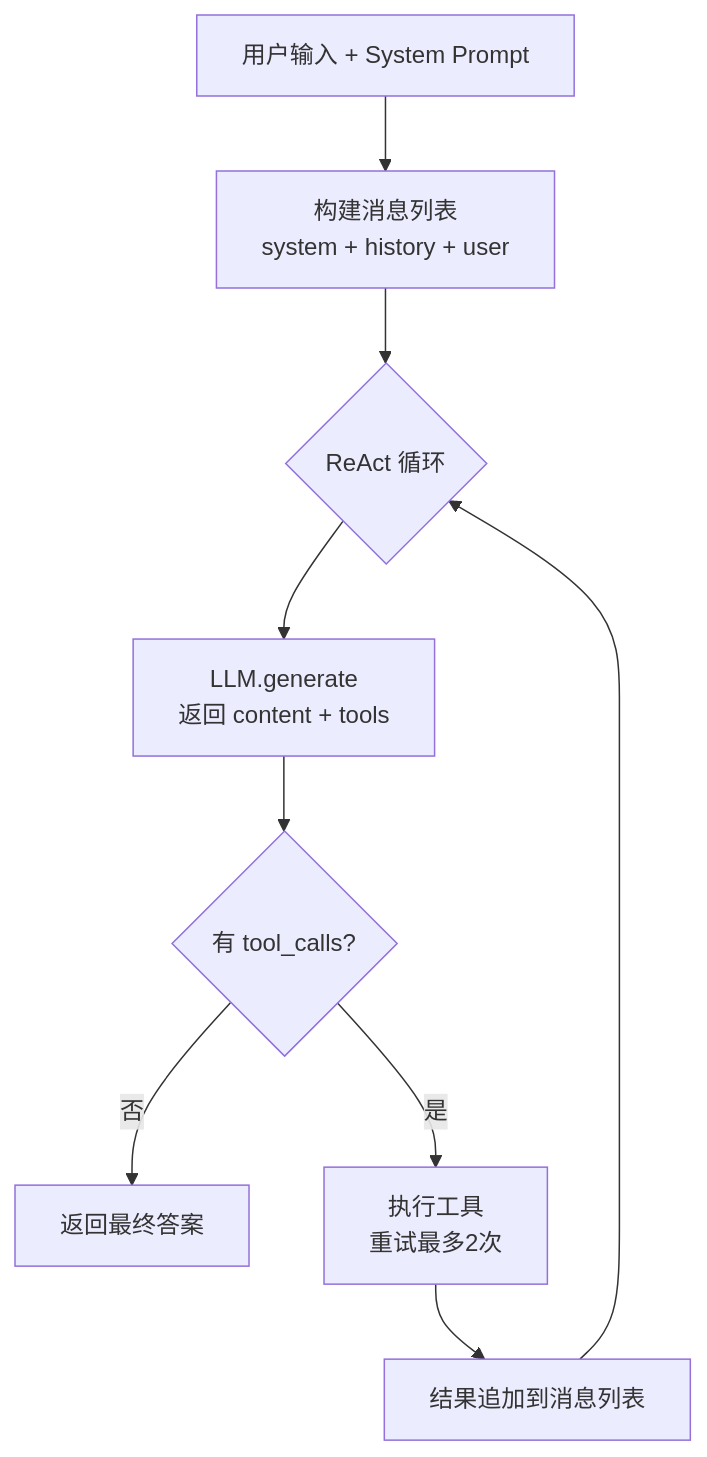
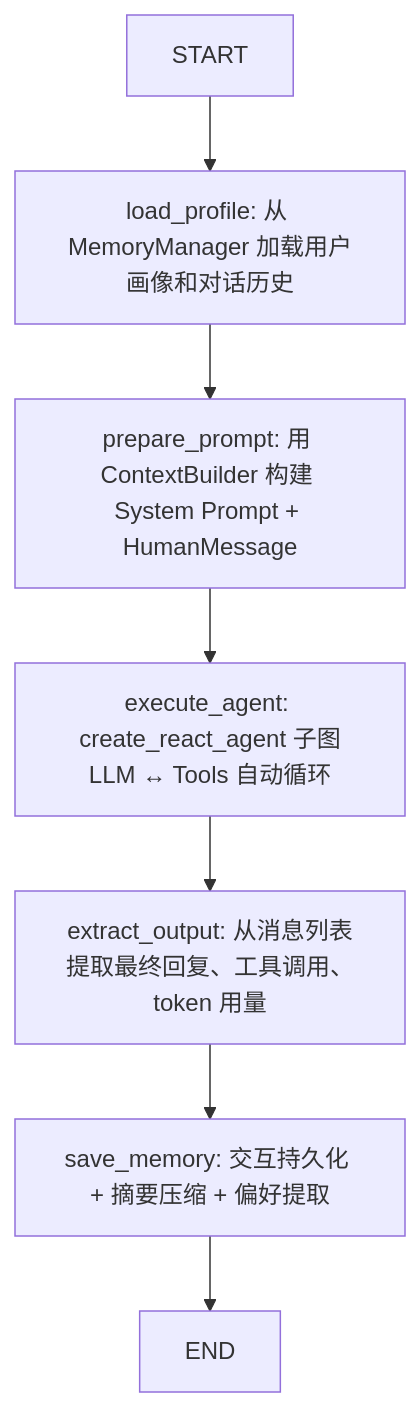
One commit to qiongzhu0524/TripPlaner changed the seventh of 7 diagrams in README.md. Above: the diagram before and after it, drawn with Mermaid. The commit also changed other lines of this file and 38 other files, not shown here.

````diff
--- a/README.md
+++ b/README.md
@@ -835,11 +605,9 @@
 ```mermaid
 graph TB
-    A[用户输入 + System Prompt] --> B[构建消息列表<br/>system + history + user]
-    B --> C{ReAct 循环}
-    C --> D[LLM.generate<br/>返回 content + tools]
-    D --> E{有 tool_calls?}
-    E -->|否| F[返回最终答案]
-    E -->|是| G[执行工具<br/>重试最多2次]
-    G --> H[结果追加到消息列表]
-    H --> C
+    START --> N1[load_profile: 从 MemoryManager 加载用户画像和对话历史]
+    N1 --> N2[prepare_prompt: 用 ContextBuilder 构建 System Prompt + HumanMessage]
+    N2 --> N3[execute_agent: create_react_agent 子图<br/>LLM ↔ Tools 自动循环]
+    N3 --> N4[extract_output: 从消息列表提取最终回复、工具调用、token 用量]
+    N4 --> N5[save_memory: 交互持久化 + 摘要压缩 + 偏好提取]
+    N5 --> END
 ```
````
